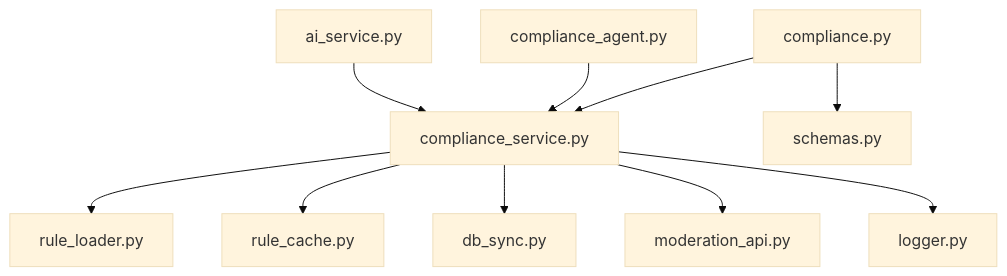
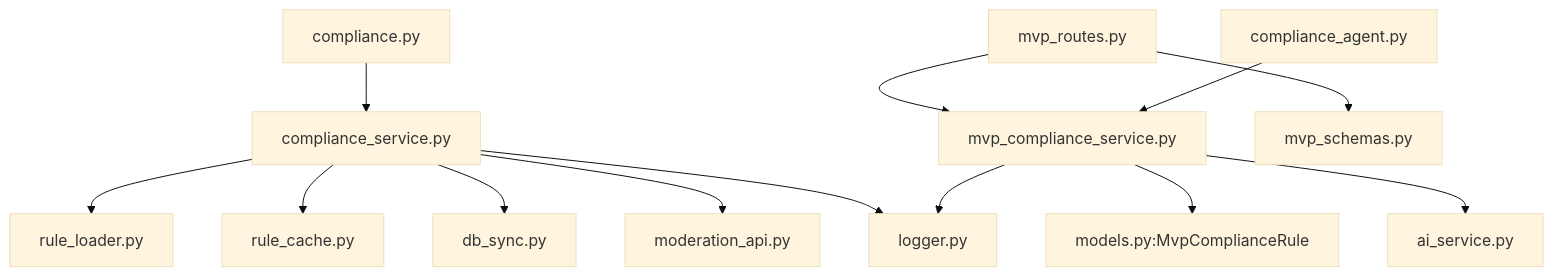
One commit to dream-ze/AI_huoke- changed the fifth of 5 diagrams in .qoder/repowiki/zh/content/AI内容处理系统/合规性检查.md. Above: the diagram before and after it, drawn with Mermaid (base theme). The commit also changed other lines of this file and 220 other files, not shown here.

````diff
--- a/.qoder/repowiki/zh/content/AI内容处理系统/合规性检查.md
+++ b/.qoder/repowiki/zh/content/AI内容处理系统/合规性检查.md
@@ -293,12 +353,15 @@
 ```mermaid
 graph TB
-API["compliance.py"] --> SVC["compliance_service.py"]
-API --> SCH["schemas.py"]
-SVC --> RULE["rule_loader.py"]
-SVC --> CACHE["rule_cache.py"]
-SVC --> DB["db_sync.py"]
-SVC --> EXT["moderation_api.py"]
-SVC --> LOG["logger.py"]
-AG["compliance_agent.py"] --> SVC
-AI["ai_service.py"] --> SVC
+API1["compliance.py"] --> SVC1["compliance_service.py"]
+API2["mvp_routes.py"] --> SVC2["mvp_compliance_service.py"]
+API2 --> SCH2["mvp_schemas.py"]
+SVC1 --> RULE["rule_loader.py"]
+SVC1 --> CACHE["rule_cache.py"]
+SVC1 --> DB["db_sync.py"]
+SVC1 --> EXT["moderation_api.py"]
+SVC1 --> LOG["logger.py"]
+SVC2 --> MODEL["models.py:MvpComplianceRule"]
+SVC2 --> AI["ai_service.py"]
+SVC2 --> LOG
+AG["compliance_agent.py"] --> SVC2
 ```
````
